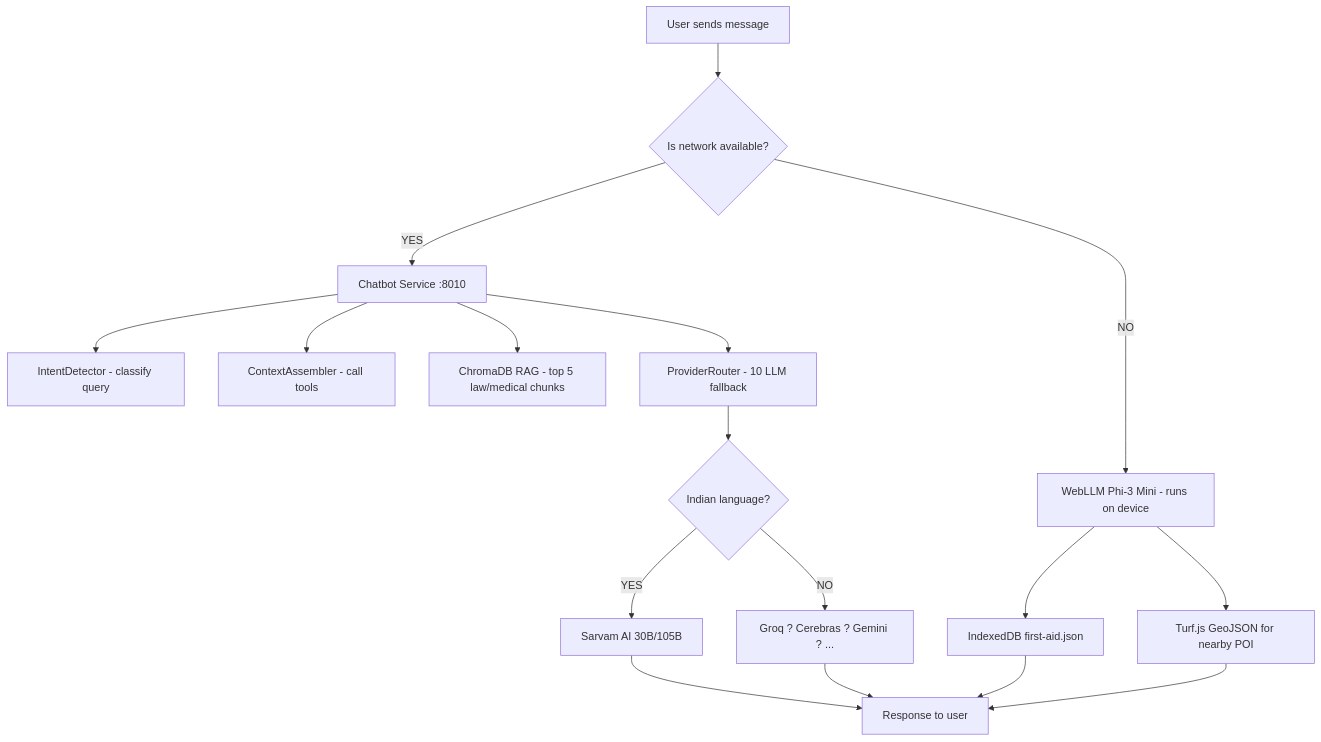
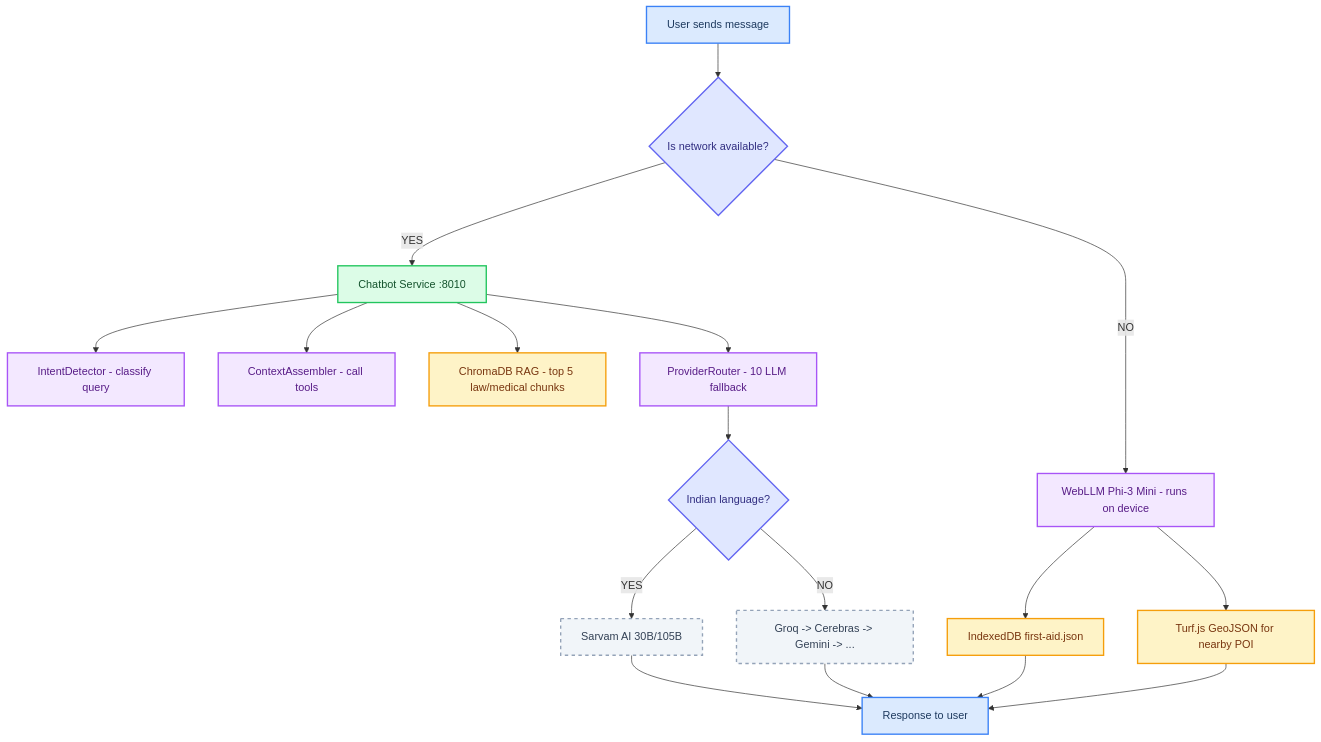
The sixth of 11 diagrams in docs/architecture/Architecture.md (SafeVixAI/SafeVixAI), drawn with Mermaid before and after one commit. The commit also changed other lines of this file and 85 other files, not shown here.

Commit message:
docs: Fix Mermaid diagrams, resolve relative link warnings, and ensure clean mkdocs build

````diff
--- a/docs/architecture/Architecture.md
+++ b/docs/architecture/Architecture.md
@@ -466,23 +491,32 @@
 ```mermaid
 flowchart TD
-    A[User sends message] --> B{Is network available?}
+    classDef edge fill:#dbeafe,stroke:#3b82f6,stroke-width:2px,color:#1e3a5f
+    classDef control fill:#dcfce7,stroke:#22c55e,stroke-width:2px,color:#14532d
+    classDef ai fill:#f3e8ff,stroke:#a855f7,stroke-width:2px,color:#581c87
+    classDef data fill:#fef3c7,stroke:#f59e0b,stroke-width:2px,color:#78350f
+    classDef security fill:#fee2e2,stroke:#ef4444,stroke-width:2px,color:#7f1d1d
+    classDef external fill:#f1f5f9,stroke:#94a3b8,stroke-width:2px,stroke-dasharray:5 5,color:#334155
+    classDef decision fill:#e0e7ff,stroke:#6366f1,stroke-width:2px,color:#312e81
+    classDef success fill:#d1fae5,stroke:#10b981,stroke-width:2px,color:#064e3b
 
-    B -->|YES| CS[Chatbot Service :8010]
-    B -->|NO| D[WebLLM Phi-3 Mini - runs on device]
+    A["User sends message"]:::edge --> B{"Is network available?"}:::decision
 
-    CS --> CS1[IntentDetector - classify query]
-    CS --> CS2[ContextAssembler - call tools]
-    CS --> CS3[ChromaDB RAG - top 5 law/medical chunks]
-    CS --> CS4[ProviderRouter - 10 LLM fallback]
-    CS4 --> CS5{Indian language?}
-    CS5 -->|YES| CS6[Sarvam AI 30B/105B]
-    CS5 -->|NO| CS7[Groq ? Cerebras ? Gemini ? ...]
+    B -->|"YES"| CS["Chatbot Service :8010"]:::control
+    B -->|"NO"| D["WebLLM Phi-3 Mini - runs on device"]:::ai
 
-    D --> D1[IndexedDB first-aid.json]
-    D --> D2[Turf.js GeoJSON for nearby POI]
+    CS --> CS1["IntentDetector - classify query"]:::ai
+    CS --> CS2["ContextAssembler - call tools"]:::ai
+    CS --> CS3["ChromaDB RAG - top 5 law/medical chunks"]:::data
+    CS --> CS4["ProviderRouter - 10 LLM fallback"]:::ai
+    CS4 --> CS5{"Indian language?"}:::decision
+    CS5 -->|"YES"| CS6["Sarvam AI 30B/105B"]:::external
+    CS5 -->|"NO"| CS7["Groq -> Cerebras -> Gemini -> ..."]:::external
 
-    CS6 --> E[Response to user]
+    D --> D1["IndexedDB first-aid.json"]:::data
+    D --> D2["Turf.js GeoJSON for nearby POI"]:::data
+
+    CS6 --> E["Response to user"]:::edge
     CS7 --> E
     D1 --> E
     D2 --> E
 ```
````
